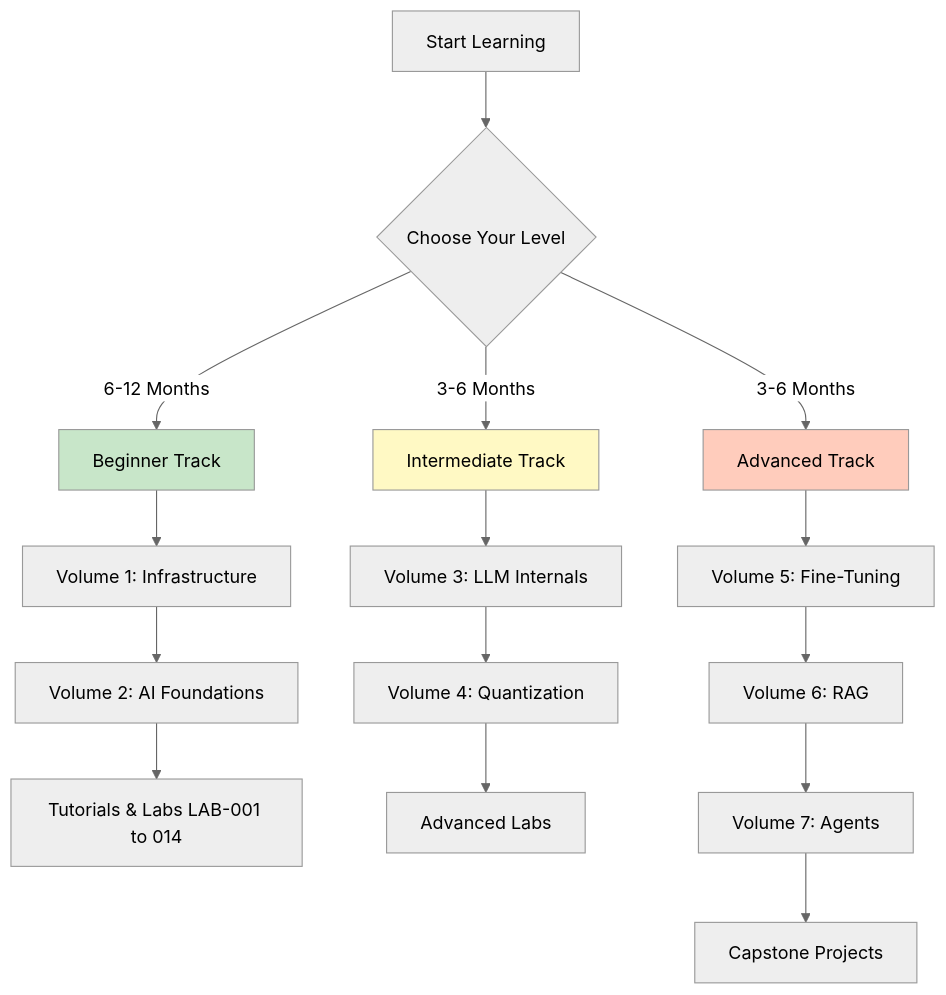
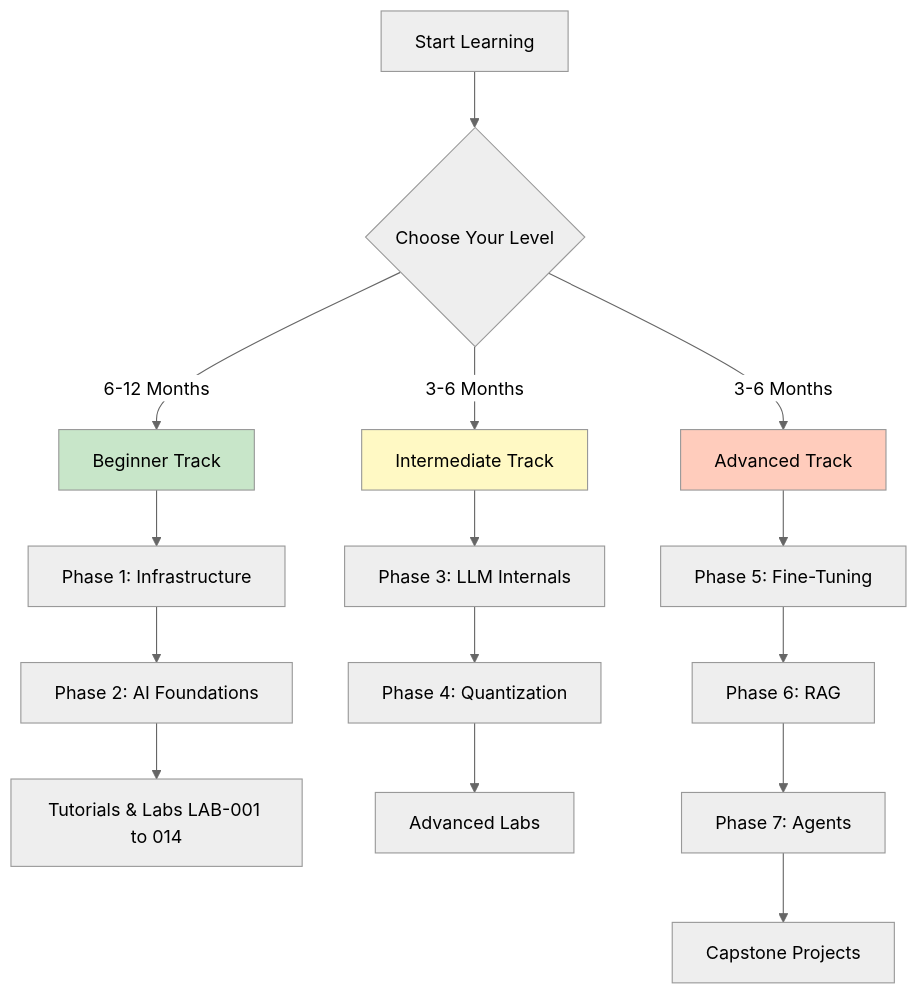
Before and after one commit to minderhq/academy: the fourth of 4 diagrams in README.md, drawn with Mermaid (neutral theme). The commit also changed other lines of this file and 85 other files, not shown here.

````diff
--- a/README.md
+++ b/README.md
@@ -369,25 +361,25 @@
 ```mermaid
 graph TB
     Start[Start Learning] --> Level{Choose Your Level}
 
     Level -->|6-12 Months| Beginner[Beginner Track]
     Level -->|3-6 Months| Intermediate[Intermediate Track]
     Level -->|3-6 Months| Advanced[Advanced Track]
 
-    Beginner --> B1[Volume 1: Infrastructure]
-    B1 --> B2[Volume 2: AI Foundations]
+    Beginner --> B1[Phase 1: Infrastructure]
+    B1 --> B2[Phase 2: AI Foundations]
     B2 --> B3[Tutorials & Labs LAB-001 to 014]
 
-    Intermediate --> I1[Volume 3: LLM Internals]
-    I1 --> I2[Volume 4: Quantization]
+    Intermediate --> I1[Phase 3: LLM Internals]
+    I1 --> I2[Phase 4: Quantization]
     I2 --> I3[Advanced Labs]
 
-    Advanced --> A1[Volume 5: Fine-Tuning]
-    A1 --> A2[Volume 6: RAG]
-    A2 --> A3[Volume 7: Agents]
+    Advanced --> A1[Phase 5: Fine-Tuning]
+    A1 --> A2[Phase 6: RAG]
+    A2 --> A3[Phase 7: Agents]
     A3 --> A4[Capstone Projects]
 
     style Beginner fill:#c8e6c9
     style Intermediate fill:#fff9c4
     style Advanced fill:#ffccbc
 ```
````
